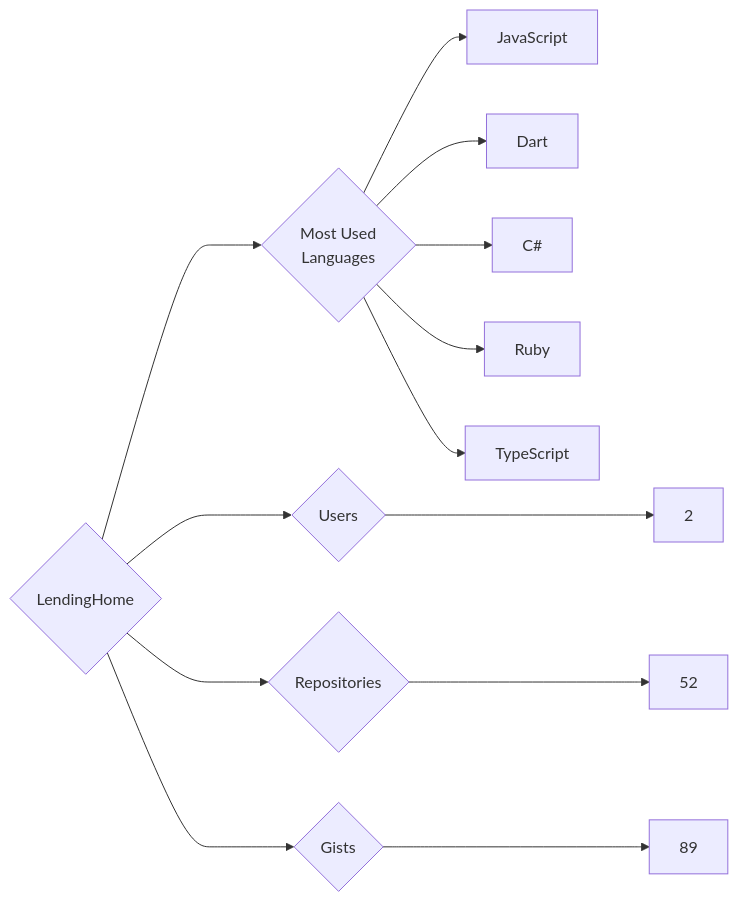
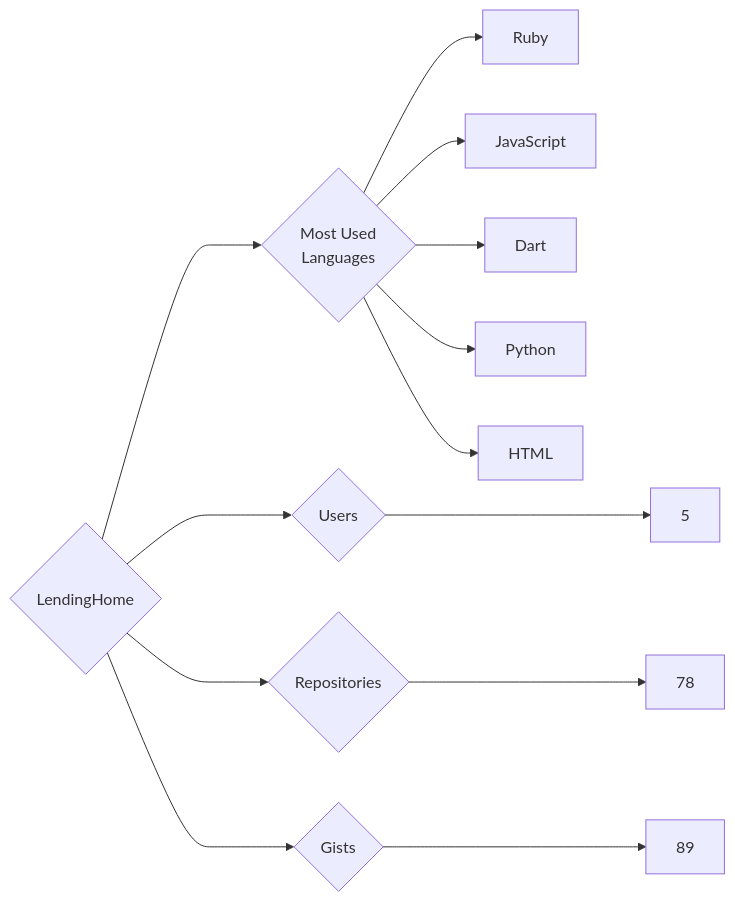
One commit to trickest/insiders changed the diagram in targets/LendingHome/README.md. Above: the diagram before and after it, drawn with Mermaid. The commit also changed 594 other files, not shown here.

````diff
--- a/targets/LendingHome/README.md
+++ b/targets/LendingHome/README.md
@@ -3,13 +3,13 @@
 ```mermaid
 graph LR
 COMPANY_NAME{LendingHome}
-COMPANY_NAME ---> U{Users} ---> UN[2]
-COMPANY_NAME ---> R{Repositories} ---> RN[52]
+COMPANY_NAME ---> U{Users} ---> UN[5]
+COMPANY_NAME ---> R{Repositories} ---> RN[78]
 COMPANY_NAME ---> G{Gists} ---> GN[89]
 COMPANY_NAME ---> ML{Most Used<br>Languages}
+ML --> Ruby[Ruby]
 ML --> JavaScript[JavaScript]
 ML --> Dart[Dart]
-ML --> C#[C#]
-ML --> Ruby[Ruby]
-ML --> TypeScript[TypeScript]
+ML --> Python[Python]
+ML --> HTML[HTML]
 ```
````
